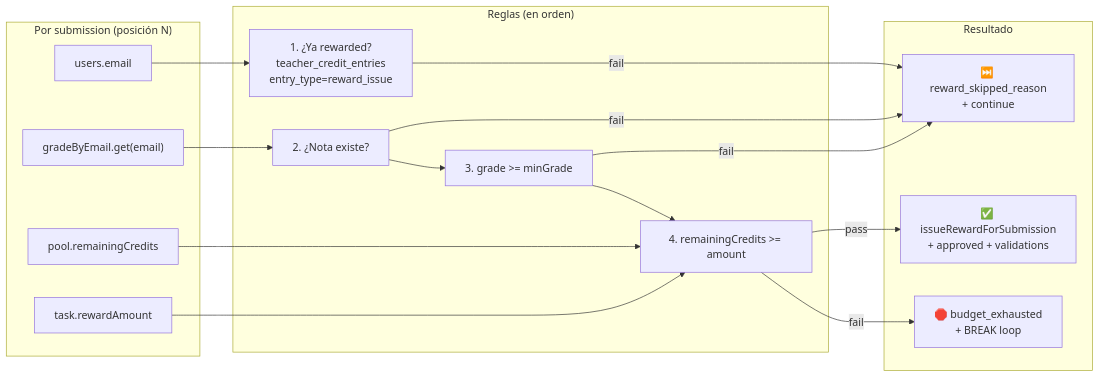
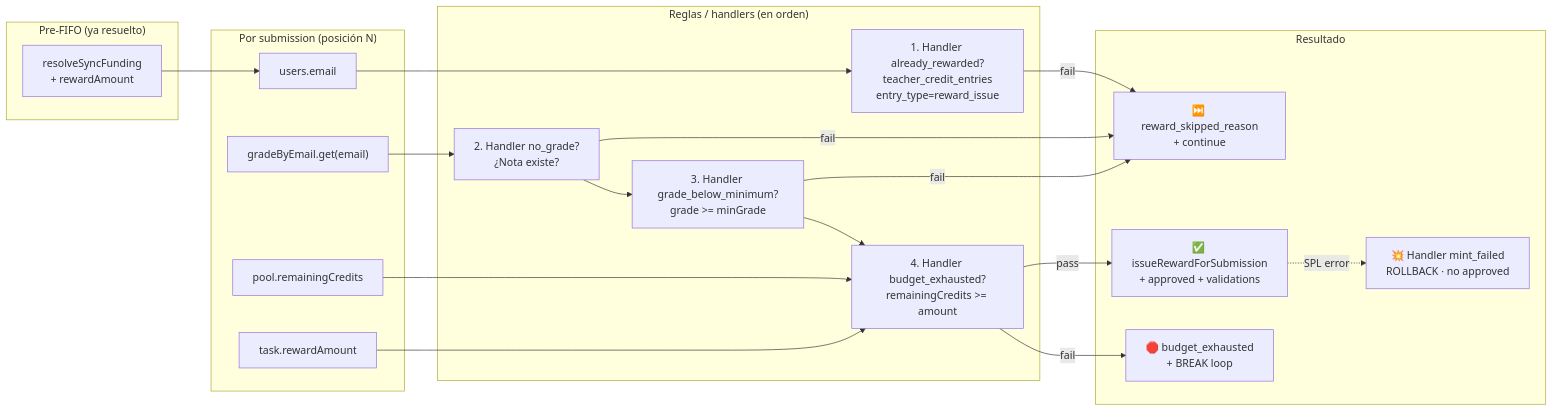
Before and after one commit to angeldavid218/scholarfi: diagram 13 of 23 in docs/arquitectura-mvp.md, drawn with Mermaid. The commit also changed other lines of this file and 9 other files, not shown here.

````diff
--- a/docs/arquitectura-mvp.md
+++ b/docs/arquitectura-mvp.md
@@ -607,31 +780,38 @@
 ```mermaid
 flowchart LR
+    subgraph Pre["Pre-FIFO (ya resuelto)"]
+        Assign["resolveSyncFunding\n+ rewardAmount"]
+    end
+
     subgraph Input["Por submission (posición N)"]
         Email["users.email"]
         Grade["gradeByEmail.get(email)"]
         Pool["pool.remainingCredits"]
         Amount["task.rewardAmount"]
     end
 
-    subgraph Rules["Reglas (en orden)"]
-        R1["1. ¿Ya rewarded?\nteacher_credit_entries\nentry_type=reward_issue"]
-        R2["2. ¿Nota existe?"]
-        R3["3. grade >= minGrade"]
-        R4["4. remainingCredits >= amount"]
+    subgraph Rules["Reglas / handlers (en orden)"]
+        R1["1. Handler already_rewarded?\nteacher_credit_entries\nentry_type=reward_issue"]
+        R2["2. Handler no_grade?\n¿Nota existe?"]
+        R3["3. Handler grade_below_minimum?\ngrade >= minGrade"]
+        R4["4. Handler budget_exhausted?\nremainingCredits >= amount"]
     end
 
     subgraph Outcome["Resultado"]
         OK["✅ issueRewardForSubmission\n+ approved + validations"]
         SKIP["⏭️ reward_skipped_reason\n+ continue"]
         STOP["🛑 budget_exhausted\n+ BREAK loop"]
+        MINTFAIL["💥 Handler mint_failed\nROLLBACK · no approved"]
     end
 
+    Assign --> Email
     Email --> R1
     Grade --> R2 --> R3 --> R4
     Pool & Amount --> R4
     R1 -->|fail| SKIP
     R2 -->|fail| SKIP
     R3 -->|fail| SKIP
     R4 -->|fail| STOP
     R4 -->|pass| OK
+    OK -.->|SPL error| MINTFAIL
 ```
````
